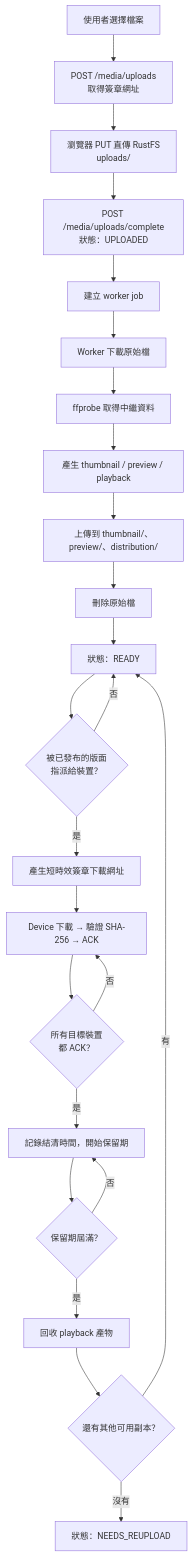
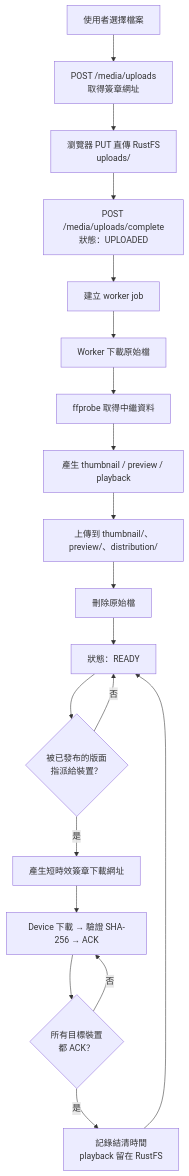
Before and after one commit to linyao-tw/docs: the diagram in src/content/docs/huan/dev/asset-lifecycle.md, drawn with Mermaid. The commit also changed other lines of this file and 15 other files, not shown here.

````diff
--- a/src/content/docs/huan/dev/asset-lifecycle.md
+++ b/src/content/docs/huan/dev/asset-lifecycle.md
@@ -10,28 +10,23 @@
 ```mermaid
 flowchart TD
 	U["使用者選擇檔案"] --> A["POST /media/uploads<br/>取得簽章網址"]
 	A --> B["瀏覽器 PUT 直傳 RustFS<br/>uploads/"]
 	B --> C["POST /media/uploads/complete<br/>狀態：UPLOADED"]
 	C --> D["建立 worker job"]
 
 	D --> E["Worker 下載原始檔"]
 	E --> F["ffprobe 取得中繼資料"]
 	F --> G["產生 thumbnail / preview / playback"]
 	G --> H["上傳到 thumbnail/、preview/、distribution/"]
 	H --> I["刪除原始檔"]
 	I --> J["狀態：READY"]
 
 	J --> K{"被已發布的版面<br/>指派給裝置？"}
 	K -->|否| J
 	K -->|是| L["產生短時效簽章下載網址"]
 	L --> M["Device 下載 → 驗證 SHA-256 → ACK"]
 	M --> N{"所有目標裝置<br/>都 ACK？"}
 	N -->|否| M
-	N -->|是| O["記錄結清時間，開始保留期"]
-	O --> P{"保留期屆滿？"}
-	P -->|否| O
-	P -->|是| Q["回收 playback 產物"]
-	Q --> R{"還有其他可用副本？"}
-	R -->|有| J
-	R -->|沒有| S["狀態：NEEDS_REUPLOAD"]
+	N -->|是| O["記錄結清時間<br/>playback 留在 RustFS"]
+	O --> J
 ```
````
